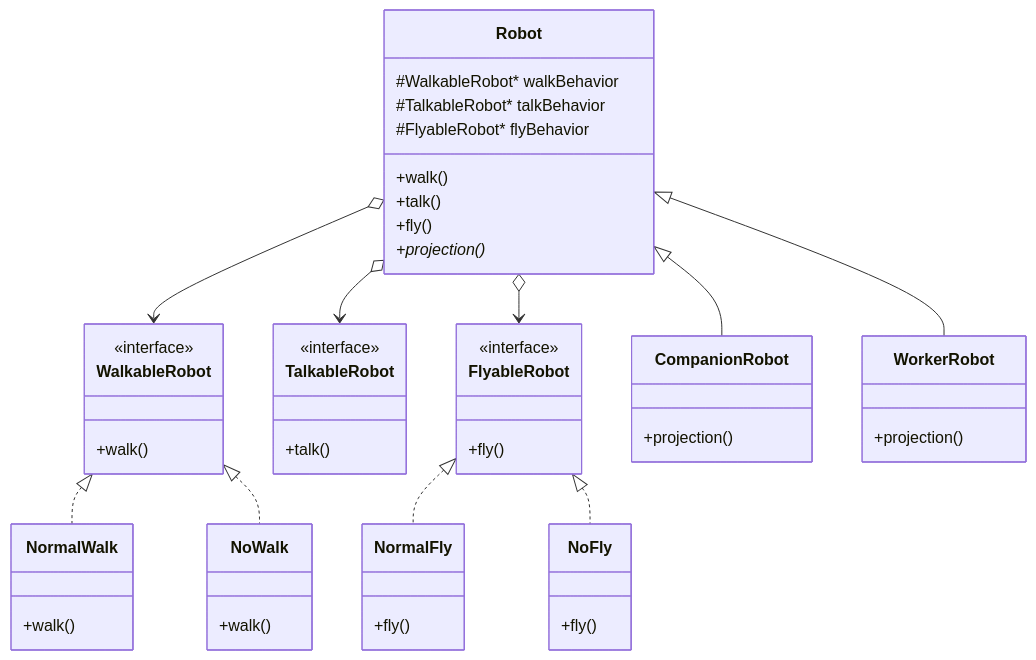
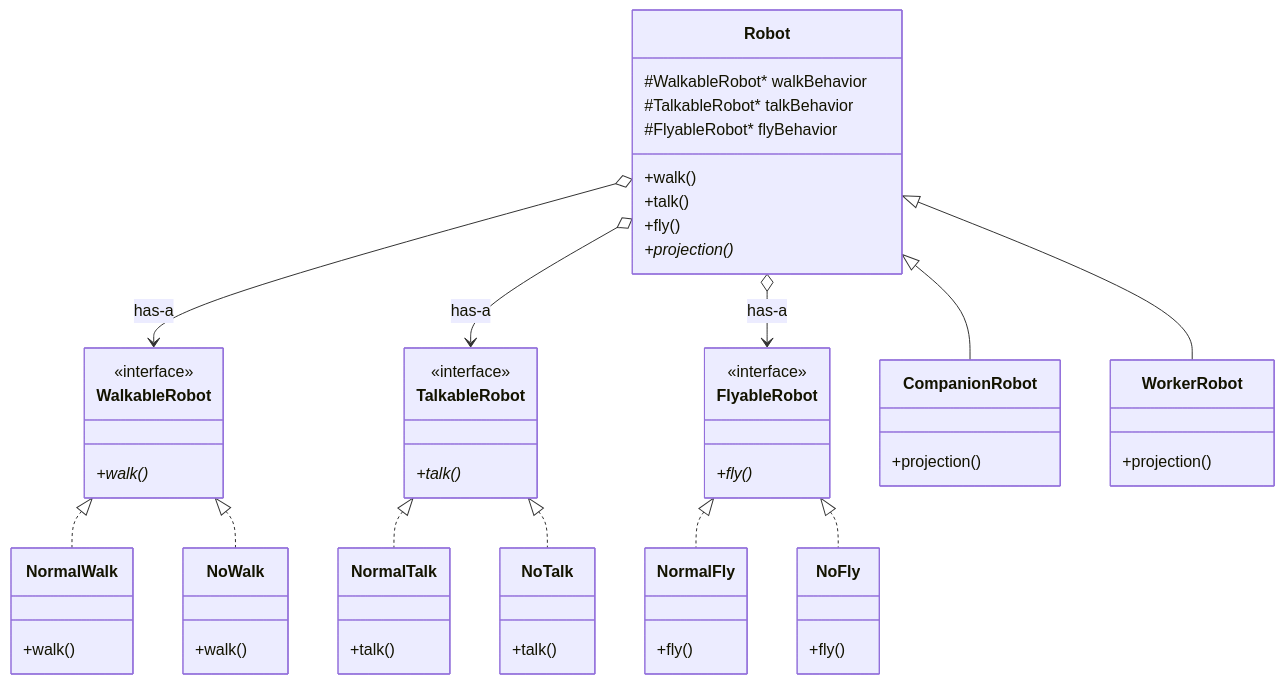
Before and after one commit to subhm2004/LLD: the first of 2 diagrams in L8 Strategy_Design_Patterns/README.md, drawn with Mermaid. The commit also changed other lines of this file and 1 other file, not shown here.

````diff
--- a/L8 Strategy_Design_Patterns/README.md
+++ b/L8 Strategy_Design_Patterns/README.md
@@ -402,43 +474,47 @@
 ```mermaid
 classDiagram
     class WalkableRobot {
         <<interface>>
-        +walk()
+        +walk()*
     }
     class TalkableRobot {
         <<interface>>
-        +talk()
+        +talk()*
     }
     class FlyableRobot {
         <<interface>>
-        +fly()
+        +fly()*
     }
 
     class NormalWalk { +walk() }
     class NoWalk { +walk() }
+    class NormalTalk { +talk() }
+    class NoTalk { +talk() }
     class NormalFly { +fly() }
     class NoFly { +fly() }
 
     class Robot {
         #WalkableRobot* walkBehavior
         #TalkableRobot* talkBehavior
         #FlyableRobot* flyBehavior
         +walk()
         +talk()
         +fly()
         +projection()*
     }
 
     class CompanionRobot { +projection() }
     class WorkerRobot { +projection() }
 
     WalkableRobot <|.. NormalWalk
     WalkableRobot <|.. NoWalk
+    TalkableRobot <|.. NormalTalk
+    TalkableRobot <|.. NoTalk
     FlyableRobot <|.. NormalFly
     FlyableRobot <|.. NoFly
     Robot <|-- CompanionRobot
     Robot <|-- WorkerRobot
-    Robot o--> WalkableRobot
-    Robot o--> TalkableRobot
-    Robot o--> FlyableRobot
+    Robot o--> WalkableRobot : has-a
+    Robot o--> TalkableRobot : has-a
+    Robot o--> FlyableRobot : has-a
 ```
````
